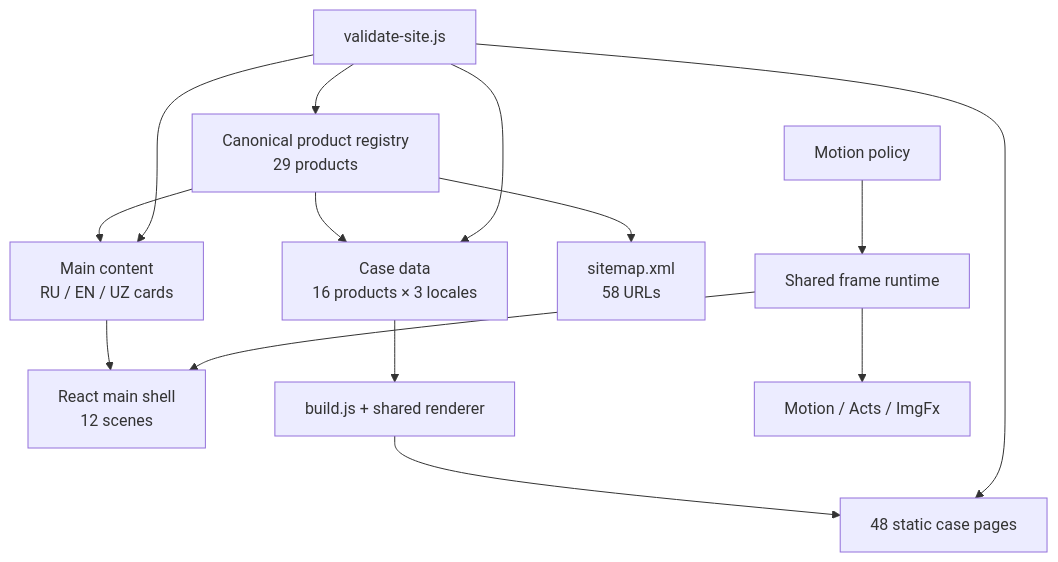
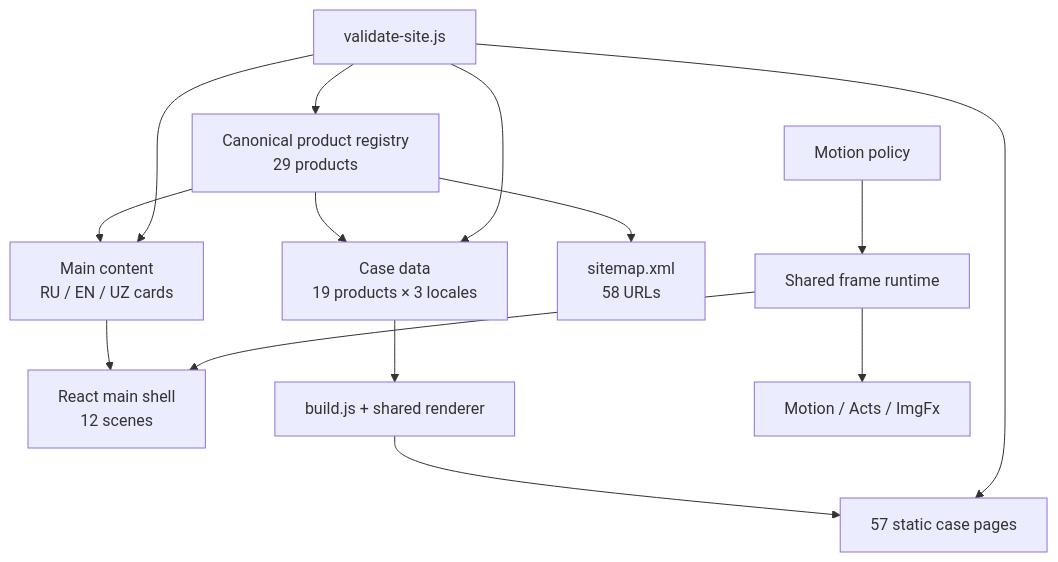
Before and after one commit to SamandarMansurkhodjaev2713/CV-Samandar: the diagram in docs/ARCHITECTURE.md, drawn with Mermaid. The commit also changed other lines of this file and 102 other files, not shown here.

````diff
--- a/docs/ARCHITECTURE.md
+++ b/docs/ARCHITECTURE.md
@@ -20,16 +20,16 @@
 ```mermaid
 flowchart TD
   R["Canonical product registry\n29 products"] --> C["Main content\nRU / EN / UZ cards"]
-  R --> L["Case data\n16 products × 3 locales"]
+  R --> L["Case data\n19 products × 3 locales"]
   C --> A["React main shell\n12 scenes"]
   L --> G["build.js + shared renderer"]
-  G --> H["48 static case pages"]
+  G --> H["57 static case pages"]
   R --> S["sitemap.xml\n58 URLs"]
   P["Motion policy"] --> M["Shared frame runtime"]
   M --> A
   M --> X["Motion / Acts / ImgFx"]
   V["validate-site.js"] --> R
   V --> C
   V --> L
   V --> H
 ```
````
